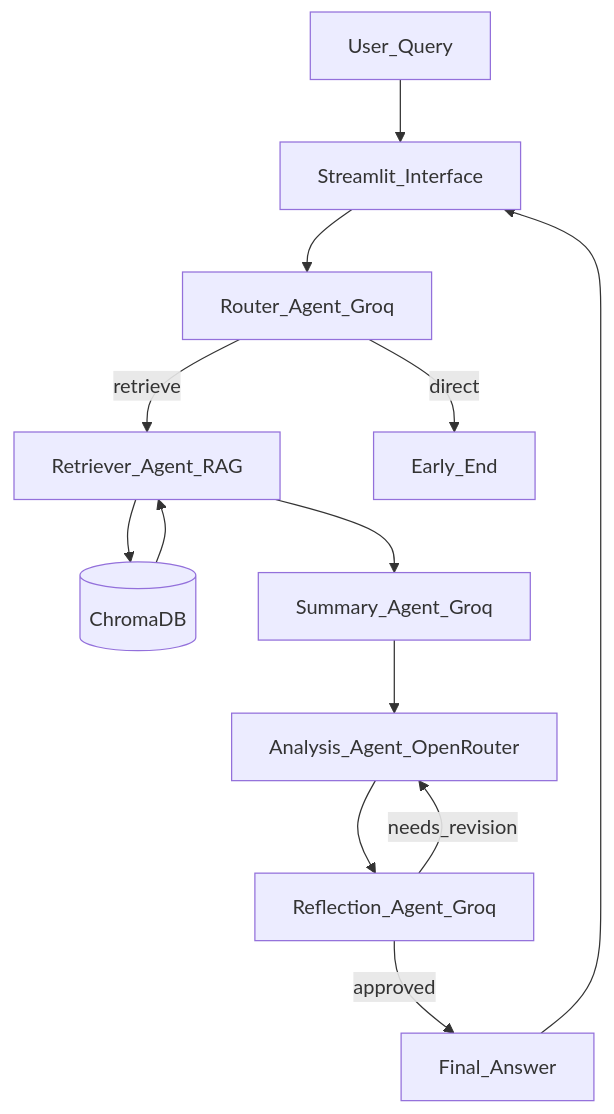
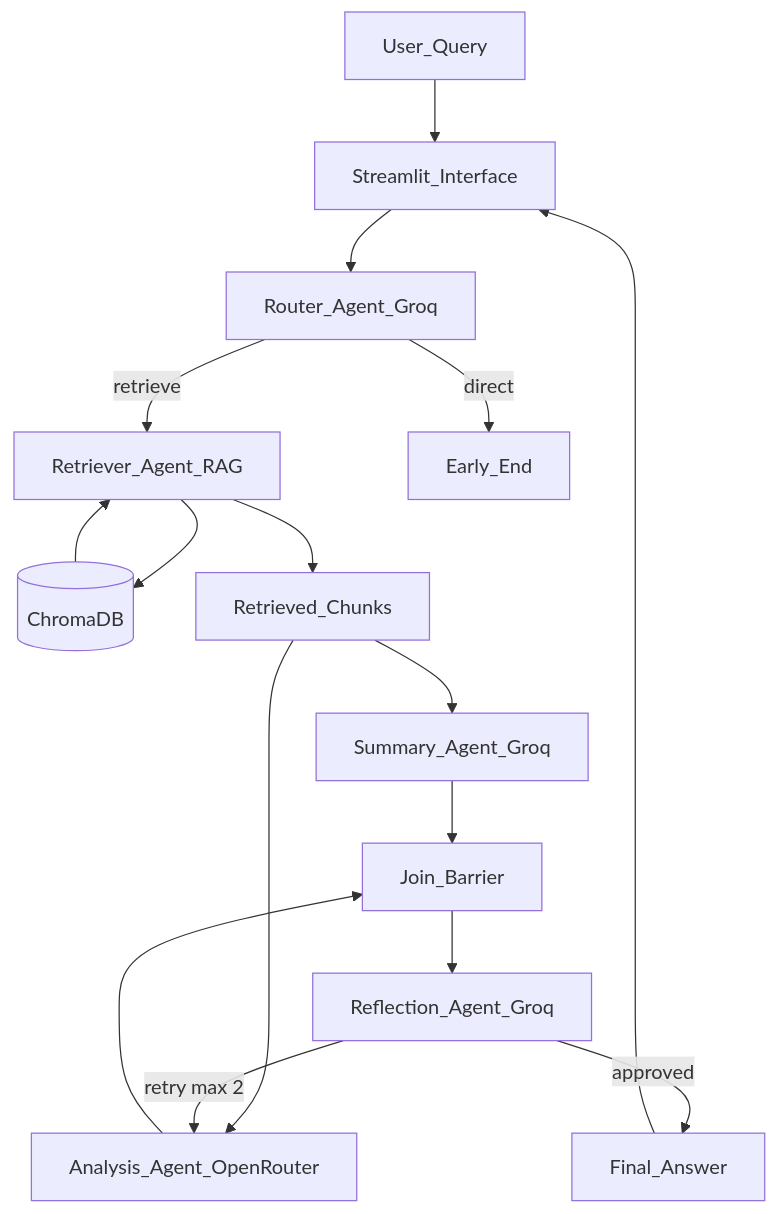
Before and after one commit to NethminaSeeman/SatorIQ: the first of 2 diagrams in README.md, drawn with Mermaid. The commit also changed other lines of this file and 1 other file, not shown here.

First line of the commit message:
docs: align README and architecture diagram with parallel workflow

````diff
--- a/README.md
+++ b/README.md
@@ -53,15 +55,18 @@
 ```mermaid
 flowchart TD
   user[User_Query] --> ui[Streamlit_Interface]
   ui --> router[Router_Agent_Groq]
   router -->|retrieve| retriever[Retriever_Agent_RAG]
   router -->|direct| endNode[Early_End]
   retriever --> chroma[(ChromaDB)]
   chroma --> retriever
-  retriever --> summary[Summary_Agent_Groq]
-  summary --> analysis[Analysis_Agent_OpenRouter]
-  analysis --> reflection[Reflection_Agent_Groq]
+  retriever --> chunks[Retrieved_Chunks]
+  chunks --> summary[Summary_Agent_Groq]
+  chunks --> analysis[Analysis_Agent_OpenRouter]
+  summary --> join[Join_Barrier]
+  analysis --> join
+  join --> reflection[Reflection_Agent_Groq]
   reflection -->|approved| final[Final_Answer]
-  reflection -->|needs_revision| analysis
+  reflection -->|"retry max 2"| analysis
   final --> ui
 ```
````
